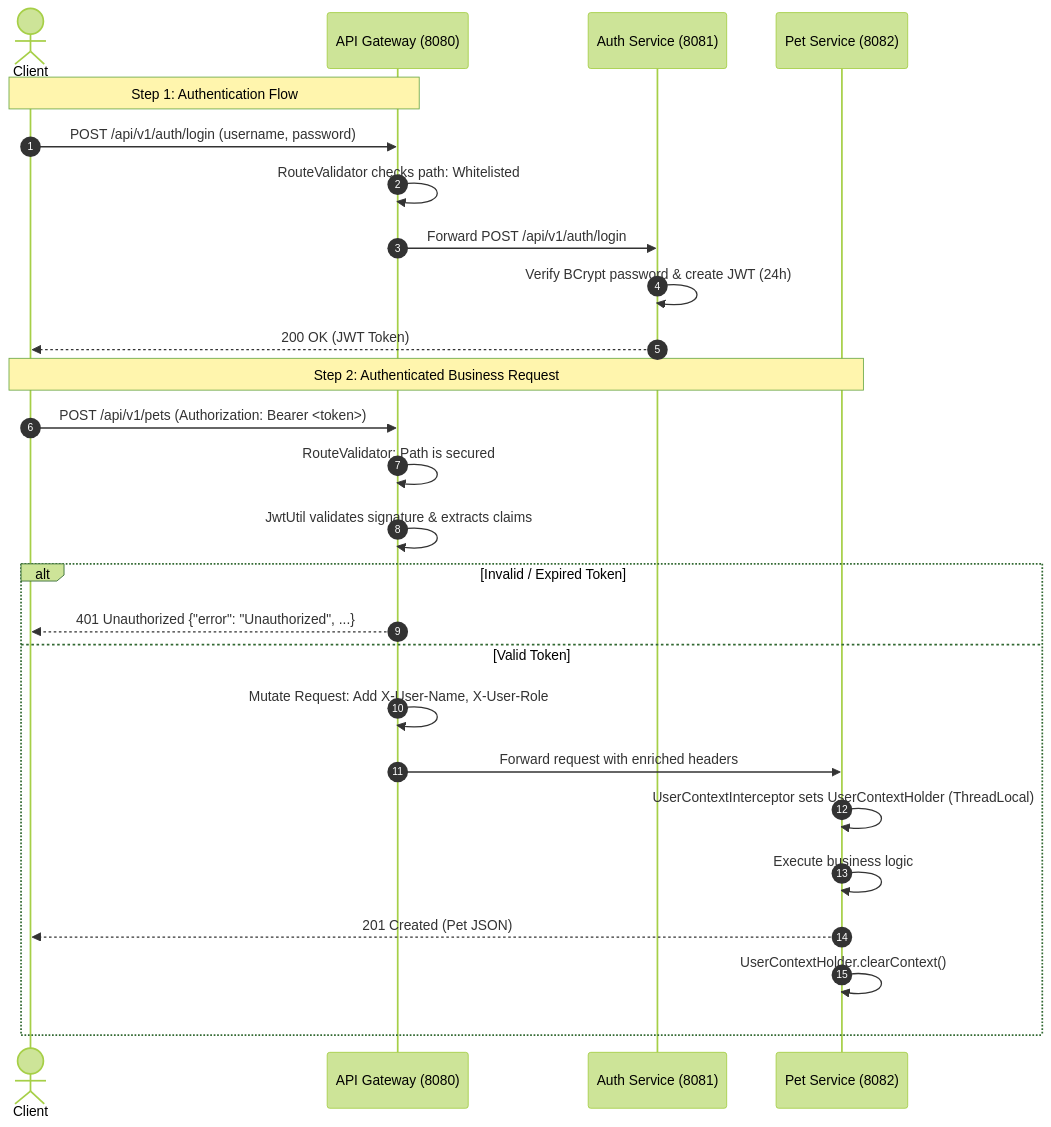
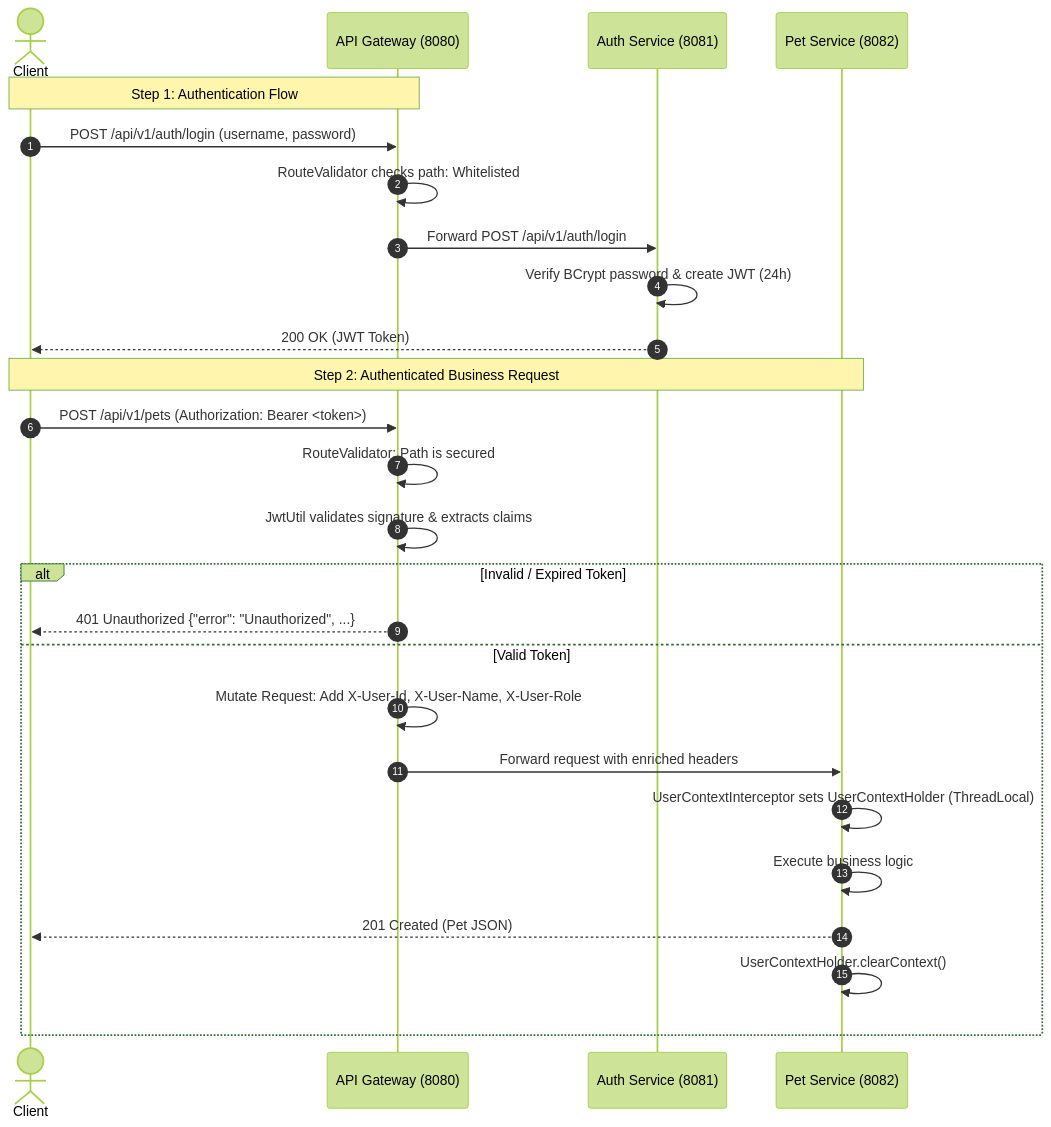
The second of 5 diagrams in system_architecture_and_flow_docs.md (Phongasfd/pet-clinic-management), drawn with Mermaid (forest theme) before and after one commit. The commit also changed other lines of this file and 40 other files, not shown here.

````diff
--- a/system_architecture_and_flow_docs.md
+++ b/system_architecture_and_flow_docs.md
@@ -111,30 +111,30 @@
 ```mermaid
 sequenceDiagram
     autonumber
     actor Client
     participant GW as API Gateway (8080)
     participant Auth as Auth Service (8081)
     participant Pet as Pet Service (8082)
 
     Note over Client, GW: Step 1: Authentication Flow
     Client->>GW: POST /api/v1/auth/login (username, password)
     GW->>GW: RouteValidator checks path: Whitelisted
     GW->>Auth: Forward POST /api/v1/auth/login
     Auth->>Auth: Verify BCrypt password & create JWT (24h)
     Auth-->>Client: 200 OK (JWT Token)
 
     Note over Client, Pet: Step 2: Authenticated Business Request
     Client->>GW: POST /api/v1/pets (Authorization: Bearer <token>)
     GW->>GW: RouteValidator: Path is secured
     GW->>GW: JwtUtil validates signature & extracts claims
     alt Invalid / Expired Token
         GW-->>Client: 401 Unauthorized {"error": "Unauthorized", ...}
     else Valid Token
-        GW->>GW: Mutate Request: Add X-User-Name, X-User-Role
+        GW->>GW: Mutate Request: Add X-User-Id, X-User-Name, X-User-Role
         GW->>Pet: Forward request with enriched headers
         Pet->>Pet: UserContextInterceptor sets UserContextHolder (ThreadLocal)
         Pet->>Pet: Execute business logic
         Pet-->>Client: 201 Created (Pet JSON)
         Pet->>Pet: UserContextHolder.clearContext()
     end
 ```
````
